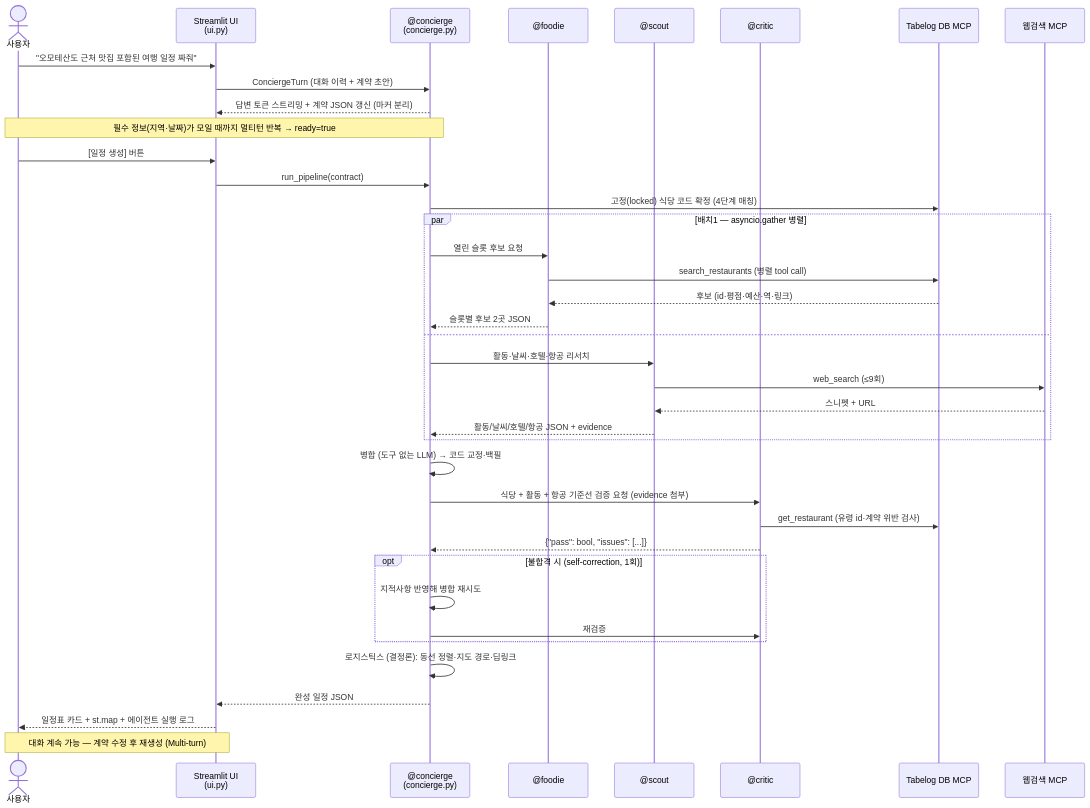
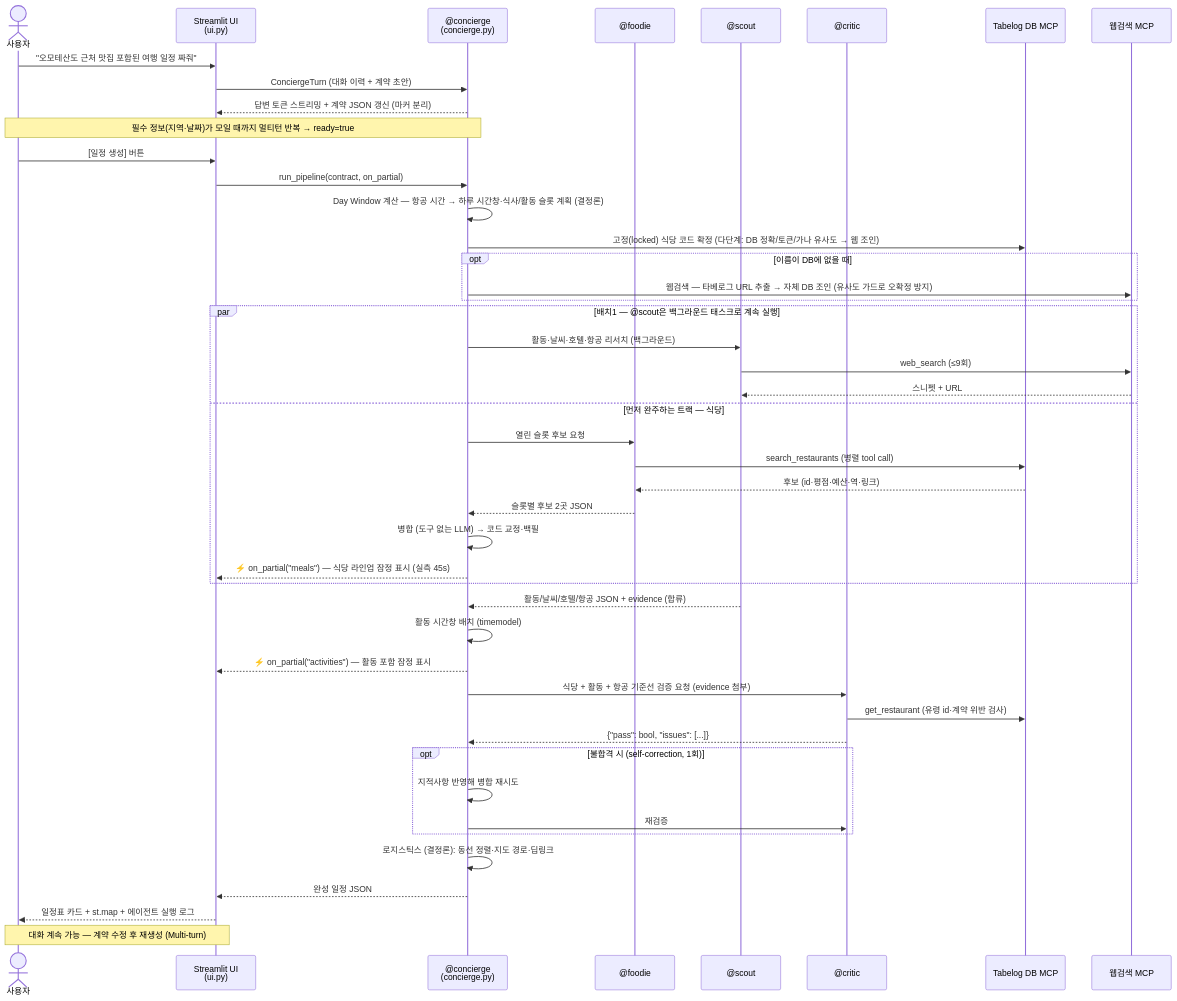
Before and after one commit to GeonjungKim/nvidia-ai-agent-projects: the second of 3 diagrams in Day10_미니_캡스톤/docs/ARCHITECTURE.md, drawn with Mermaid. The commit also changed other lines of this file and 3 other files, not shown here.

First line of the commit message:
docs: 신규 기능 반영 — README·아키텍처 다이어그램·배포/환경 가이드 갱신

````diff
--- a/Day10_미니_캡스톤/docs/ARCHITECTURE.md
+++ b/Day10_미니_캡스톤/docs/ARCHITECTURE.md
@@ -45,47 +46,54 @@
 ```mermaid
 sequenceDiagram
     actor U as 사용자
     participant UI as Streamlit UI<br/>(ui.py)
     participant C as @concierge<br/>(concierge.py)
     participant F as @foodie
     participant S as @scout
     participant CR as @critic
     participant DB as Tabelog DB MCP
     participant WS as 웹검색 MCP
 
     U->>UI: "오모테산도 근처 맛집 포함된 여행 일정 짜줘"
     UI->>C: ConciergeTurn (대화 이력 + 계약 초안)
     C-->>UI: 답변 토큰 스트리밍 + 계약 JSON 갱신 (마커 분리)
     Note over U,C: 필수 정보(지역·날짜)가 모일 때까지 멀티턴 반복 → ready=true
 
     U->>UI: [일정 생성] 버튼
-    UI->>C: run_pipeline(contract)
-    C->>DB: 고정(locked) 식당 코드 확정 (4단계 매칭)
+    UI->>C: run_pipeline(contract, on_partial)
+    C->>C: Day Window 계산 — 항공 시간 → 하루 시간창·식사/활동 슬롯 계획 (결정론)
+    C->>DB: 고정(locked) 식당 코드 확정 (다단계: DB 정확/토큰/가나 유사도 → 웹 조인)
+    opt 이름이 DB에 없을 때
+        C->>WS: 웹검색 — 타베로그 URL 추출 → 자체 DB 조인 (유사도 가드로 오확정 방지)
+    end
 
-    par 배치1 — asyncio.gather 병렬
+    par 배치1 — @scout은 백그라운드 태스크로 계속 실행
+        C->>S: 활동·날씨·호텔·항공 리서치 (백그라운드)
+        S->>WS: web_search (≤9회)
+        WS-->>S: 스니펫 + URL
+    and 먼저 완주하는 트랙 — 식당
         C->>F: 열린 슬롯 후보 요청
         F->>DB: search_restaurants (병렬 tool call)
         DB-->>F: 후보 (id·평점·예산·역·링크)
         F-->>C: 슬롯별 후보 2곳 JSON
-    and
-        C->>S: 활동·날씨·호텔·항공 리서치
-        S->>WS: web_search (≤9회)
-        WS-->>S: 스니펫 + URL
-        S-->>C: 활동/날씨/호텔/항공 JSON + evidence
+        C->>C: 병합 (도구 없는 LLM) → 코드 교정·백필
+        C-->>UI: ⚡ on_partial("meals") — 식당 라인업 잠정 표시 (실측 45s)
     end
 
-    C->>C: 병합 (도구 없는 LLM) → 코드 교정·백필
+    S-->>C: 활동/날씨/호텔/항공 JSON + evidence (합류)
+    C->>C: 활동 시간창 배치 (timemodel)
+    C-->>UI: ⚡ on_partial("activities") — 활동 포함 잠정 표시
     C->>CR: 식당 + 활동 + 항공 기준선 검증 요청 (evidence 첨부)
     CR->>DB: get_restaurant (유령 id·계약 위반 검사)
     CR-->>C: {"pass": bool, "issues": [...]}
 
     opt 불합격 시 (self-correction, 1회)
         C->>C: 지적사항 반영해 병합 재시도
         C->>CR: 재검증
     end
 
     C->>C: 로지스틱스 (결정론): 동선 정렬·지도 경로·딥링크
     C-->>UI: 완성 일정 JSON
     UI-->>U: 일정표 카드 + st.map + 에이전트 실행 로그
     Note over U,UI: 대화 계속 가능 — 계약 수정 후 재생성 (Multi-turn)
 ```
````
